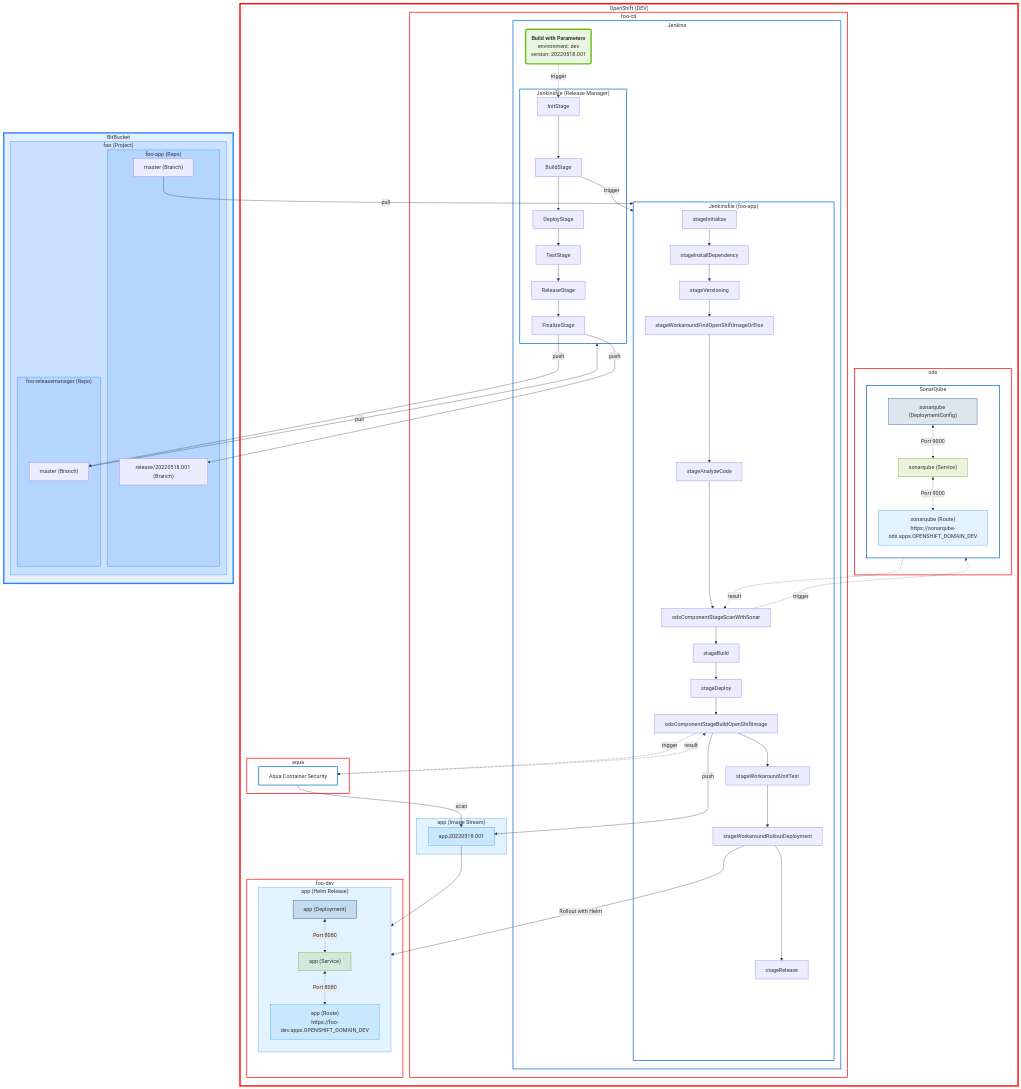
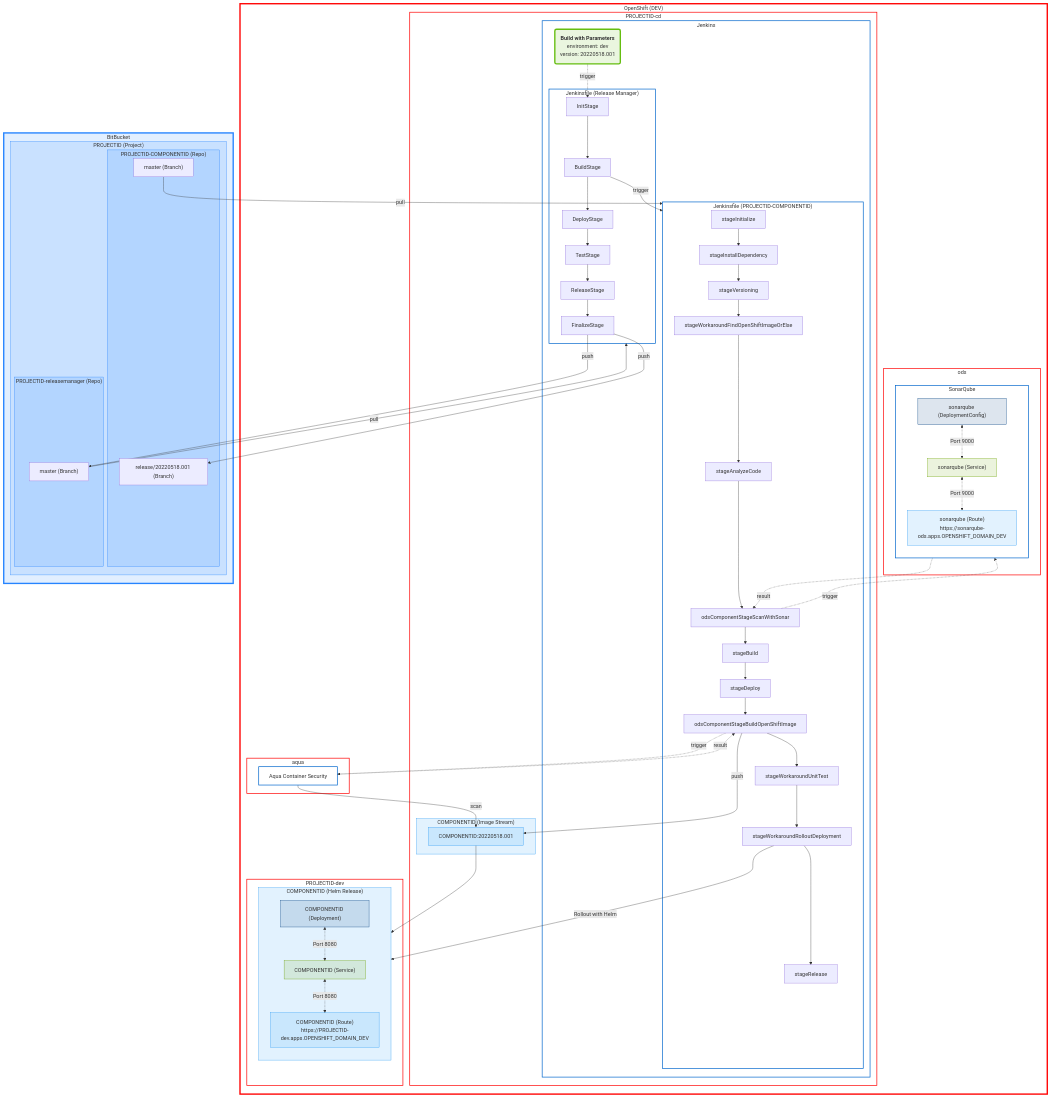
One commit to SimonGolms/ods-quickstarter-fe-ionic-react-vite-playwright changed the third of 5 diagrams in README.md. Above: the diagram before and after it, drawn with Mermaid. The commit also changed other lines of this file, not shown here.

````diff
--- a/README.md
+++ b/README.md
@@ -717,9 +717,9 @@
 flowchart TB
     subgraph openshift-dev["OpenShift (DEV)"]
 
-        subgraph foo-cd
+        subgraph PROJECTID-cd
             subgraph jenkins["Jenkins"]
-                subgraph jenkinsfile-foo-app["Jenkinsfile (foo-app)"]
+                subgraph jenkinsfile-PROJECTID-COMPONENTID["Jenkinsfile (PROJECTID-COMPONENTID)"]
                     stageInitialize-->stageInstallDependency-->stageVersioning-->stageWorkaroundFindOpenShiftImageOrElse --> stageAnalyzeCode-->odsComponentStageScanWithSonar-->stageBuild-->stageDeploy-->odsComponentStageBuildOpenShiftImage-->stageWorkaroundUnitTest-->stageWorkaroundRolloutDeployment-->stageRelease
                 end
                 build-with-parameters("<strong>Build with Parameters</strong>\nenvironment: dev\nversion: 20220518.001"):::classManualTask
@@ -727,8 +727,8 @@
                     InitStage --> BuildStage --> DeployStage --> TestStage --> ReleaseStage --> FinalizeStage
                 end
             end
-            subgraph cd-IS-app["app (Image Stream)"]
-                cd-IST-app["app:20220518.001"]:::classImageStreamTag
+            subgraph cd-IS-COMPONENTID["COMPONENTID (Image Stream)"]
+                cd-IST-COMPONENTID["COMPONENTID:20220518.001"]:::classImageStreamTag
             end
         end
         subgraph ods
@@ -740,37 +740,37 @@
         subgraph aqua
             aqua-aqua["Aqua Container Security"]
         end
-        subgraph foo-dev
-            subgraph dev-HR-app["app (Helm Release)"]
+        subgraph PROJECTID-dev
+            subgraph dev-HR-COMPONENTID["COMPONENTID (Helm Release)"]
                 direction TB
-                dev-D-app["app (Deployment)"]:::classDeployment <-. Port 8080 .-> dev-S-app["app (Service)"]:::classService <-. Port 8080 .-> dev-RT-app["app (Route)\nhttps://foo-dev.apps.OPENSHIFT_DOMAIN_DEV"]:::classRoute
+                dev-D-COMPONENTID["COMPONENTID (Deployment)"]:::classDeployment <-. Port 8080 .-> dev-S-COMPONENTID["COMPONENTID (Service)"]:::classService <-. Port 8080 .-> dev-RT-COMPONENTID["COMPONENTID (Route)\nhttps://PROJECTID-dev.apps.OPENSHIFT_DOMAIN_DEV"]:::classRoute
             end
         end
     end
     subgraph BitBucket
-        subgraph bitbucket-foo["foo (Project)"]
-            subgraph bitbucket-foo-app["foo-app (Repo)"]
-                bitbucket-foo-app-branch-master["master (Branch)"]
-                bitbucket-foo-app-branch-release["release/20220518.001 (Branch)"]
+        subgraph bitbucket-PROJECTID["PROJECTID (Project)"]
+            subgraph bitbucket-PROJECTID-COMPONENTID["PROJECTID-COMPONENTID (Repo)"]
+                bitbucket-PROJECTID-COMPONENTID-branch-master["master (Branch)"]
+                bitbucket-PROJECTID-COMPONENTID-branch-release["release/20220518.001 (Branch)"]
             end
-            subgraph bitbucket-foo-releasemanager["foo-releasemanager (Repo)"]
-                bitbucket-foo-releasemanager-branch-master["master (Branch)"]
+            subgraph bitbucket-PROJECTID-releasemanager["PROJECTID-releasemanager (Repo)"]
+                bitbucket-PROJECTID-releasemanager-branch-master["master (Branch)"]
             end
         end
     end
 
-aqua-aqua -- scan --> cd-IST-app
-cd-IST-app --> dev-D-app
-bitbucket-foo-app-branch-master -- pull --> jenkinsfile-foo-app
-bitbucket-foo-releasemanager-branch-master -- pull --> jenkinsfile-releasemanager
-BuildStage -- trigger --> jenkinsfile-foo-app
+aqua-aqua -- scan --> cd-IST-COMPONENTID
+cd-IST-COMPONENTID --> dev-D-COMPONENTID
+bitbucket-PROJECTID-COMPONENTID-branch-master -- pull --> jenkinsfile-PROJECTID-COMPONENTID
+bitbucket-PROJECTID-releasemanager-branch-master -- pull --> jenkinsfile-releasemanager
+BuildStage -- trigger --> jenkinsfile-PROJECTID-COMPONENTID
 build-with-parameters -. trigger .-> InitStage
-FinalizeStage -- push --> bitbucket-foo-app-branch-release
-FinalizeStage -- push --> bitbucket-foo-releasemanager-branch-master
-odsComponentStageBuildOpenShiftImage -- push --> cd-IST-app
+FinalizeStage -- push --> bitbucket-PROJECTID-COMPONENTID-branch-release
+FinalizeStage -- push --> bitbucket-PROJECTID-releasemanager-branch-master
+odsComponentStageBuildOpenShiftImage -- push --> cd-IST-COMPONENTID
 odsComponentStageBuildOpenShiftImage -. trigger .-> aqua-aqua -. result .-> odsComponentStageBuildOpenShiftImage
 odsComponentStageScanWithSonar -. trigger .-> sonarqube -. result .-> odsComponentStageScanWithSonar
-stageWorkaroundRolloutDeployment -- "Rollout with Helm" --> dev-HR-app
+stageWorkaroundRolloutDeployment -- "Rollout with Helm" --> dev-HR-COMPONENTID
 
 %% stlyes
 classDef classBitBucket fill:#2684FF22,stroke:#2684FF,stroke-width:4px
@@ -789,10 +789,10 @@
 classDef classManualTask fill:#65bd1022,stroke:#65bd10,stroke-width:4px
 
 class BitBucket classBitBucket
-class bitbucket-foo,bitbucket-foo-app,bitbucket-foo-releasemanager classBitBucketProject
-class dev-HR-app classHelmRelease
-class cd-IS-app classImageStream
-class aqua,ods,foo-cd,foo-dev classOcpProject
-class aqua-aqua,jenkins,jenkinsfile-foo-app,jenkinsfile-releasemanager,sonarqube,webhook-proxy classOcpResource
+class bitbucket-PROJECTID,bitbucket-PROJECTID-COMPONENTID,bitbucket-PROJECTID-releasemanager classBitBucketProject
+class dev-HR-COMPONENTID classHelmRelease
+class cd-IS-COMPONENTID classImageStream
+class aqua,ods,PROJECTID-cd,PROJECTID-dev classOcpProject
+class aqua-aqua,jenkins,jenkinsfile-PROJECTID-COMPONENTID,jenkinsfile-releasemanager,sonarqube,webhook-proxy classOcpResource
 class openshift-dev classOpenShift
 ```
````
